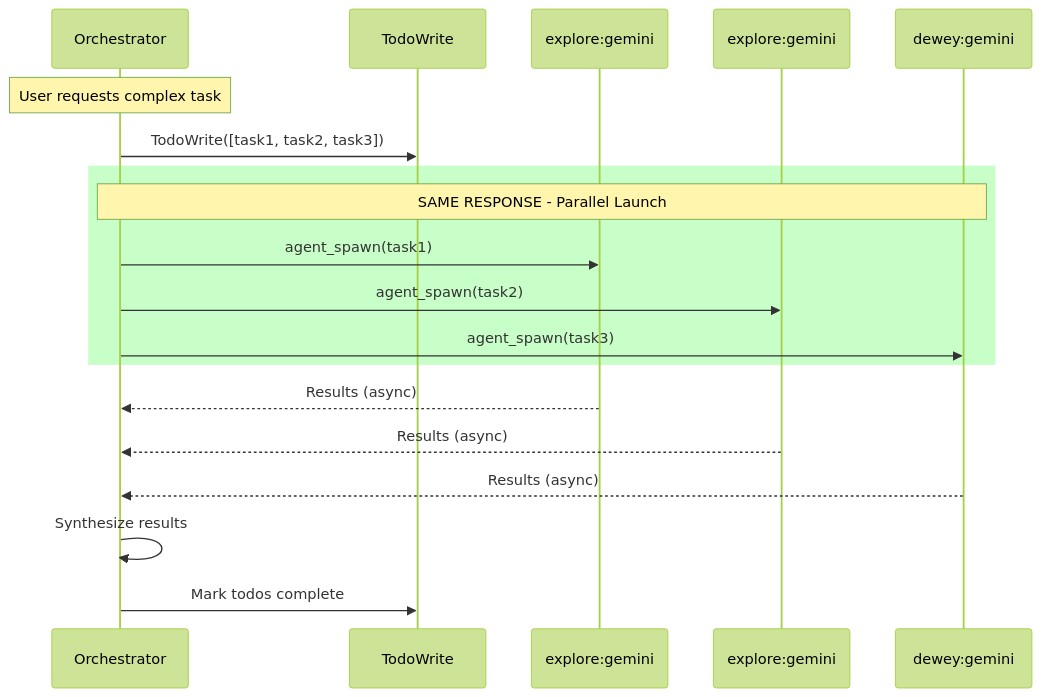
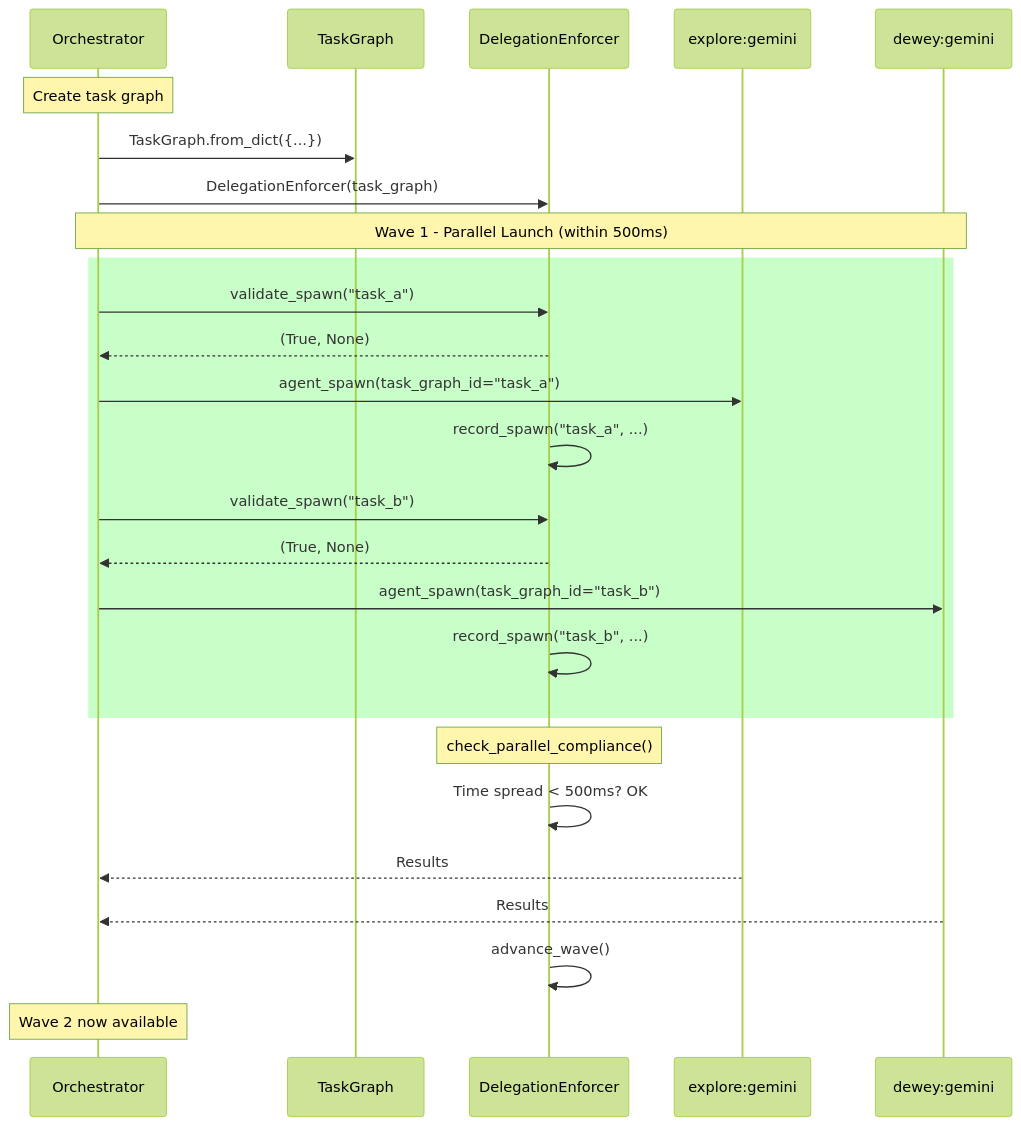
Before and after one commit to GratefulDave/stravinsky: the third of 8 diagrams in docs/architecture/AGENT_ORCHESTRATION.md, drawn with Mermaid (forest theme). The commit also changed other lines of this file and 30 other files, not shown here.

First line of the commit message:
docs: comprehensive architecture documentation update for 7-Phase Orchestrator

````diff
--- a/docs/architecture/AGENT_ORCHESTRATION.md
+++ b/docs/architecture/AGENT_ORCHESTRATION.md
@@ -69,26 +204,34 @@
 ```mermaid
 sequenceDiagram
     participant O as Orchestrator
-    participant T as TodoWrite
+    participant TG as TaskGraph
+    participant DE as DelegationEnforcer
     participant E1 as explore:gemini
-    participant E2 as explore:gemini
-    participant D as dewey:gemini
+    participant E2 as dewey:gemini
 
-    Note over O: User requests complex task
+    Note over O: Create task graph
+    O->>TG: TaskGraph.from_dict({...})
+    O->>DE: DelegationEnforcer(task_graph)
 
-    O->>T: TodoWrite([task1, task2, task3])
+    Note over O,E2: Wave 1 - Parallel Launch (within 500ms)
+    rect rgb(200, 255, 200)
+        O->>DE: validate_spawn("task_a")
+        DE-->>O: (True, None)
+        O->>E1: agent_spawn(task_graph_id="task_a")
+        DE->>DE: record_spawn("task_a", ...)
 
-    rect rgb(200, 255, 200)
-        Note over O,D: SAME RESPONSE - Parallel Launch
-        O->>E1: agent_spawn(task1)
-        O->>E2: agent_spawn(task2)
-        O->>D: agent_spawn(task3)
+        O->>DE: validate_spawn("task_b")
+        DE-->>O: (True, None)
+        O->>E2: agent_spawn(task_graph_id="task_b")
+        DE->>DE: record_spawn("task_b", ...)
     end
 
-    E1-->>O: Results (async)
-    E2-->>O: Results (async)
-    D-->>O: Results (async)
+    Note over DE: check_parallel_compliance()
+    DE->>DE: Time spread < 500ms? OK
 
-    O->>O: Synthesize results
-    O->>T: Mark todos complete
+    E1-->>O: Results
+    E2-->>O: Results
+    DE->>DE: advance_wave()
+
+    Note over O: Wave 2 now available
 ```
````
